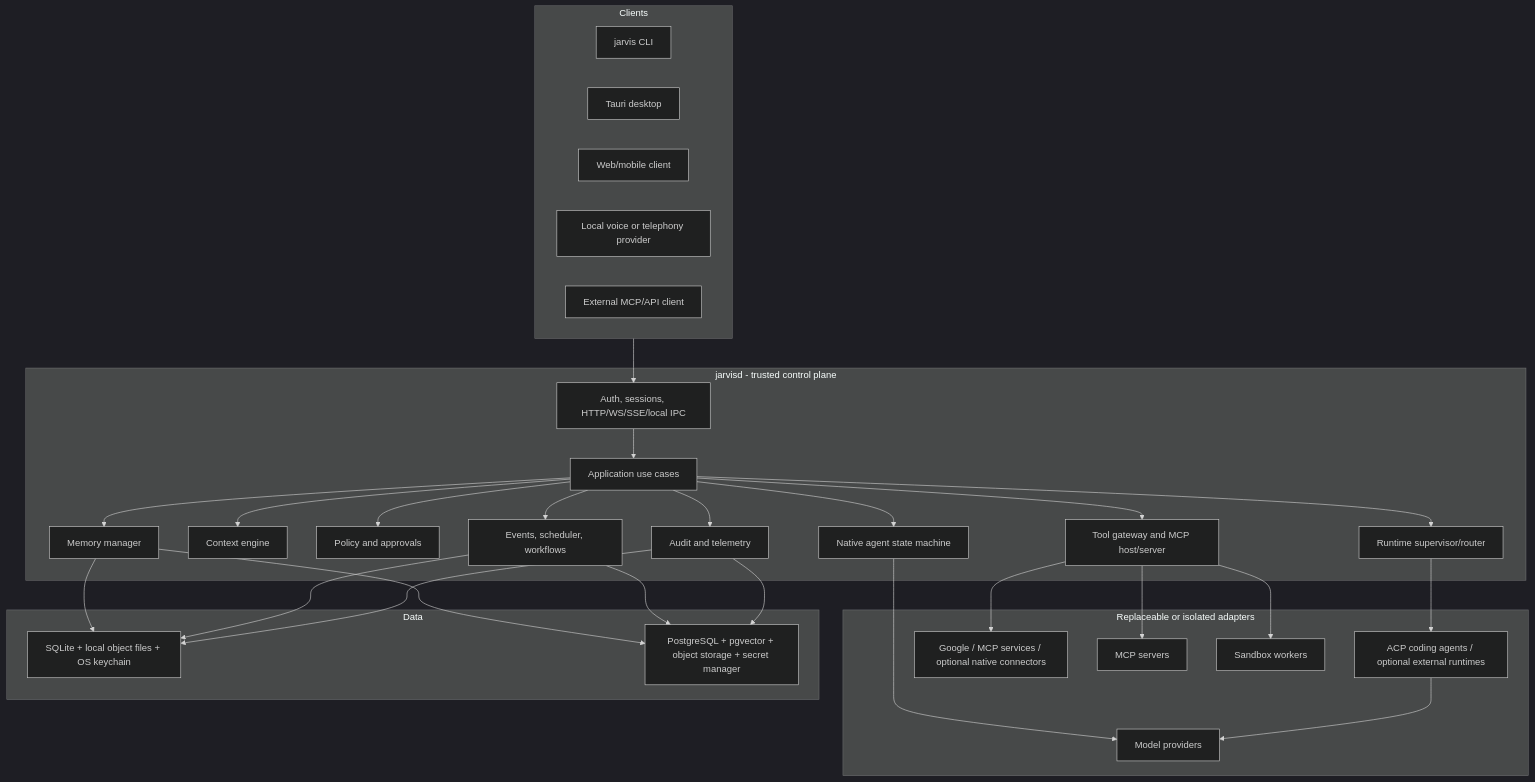
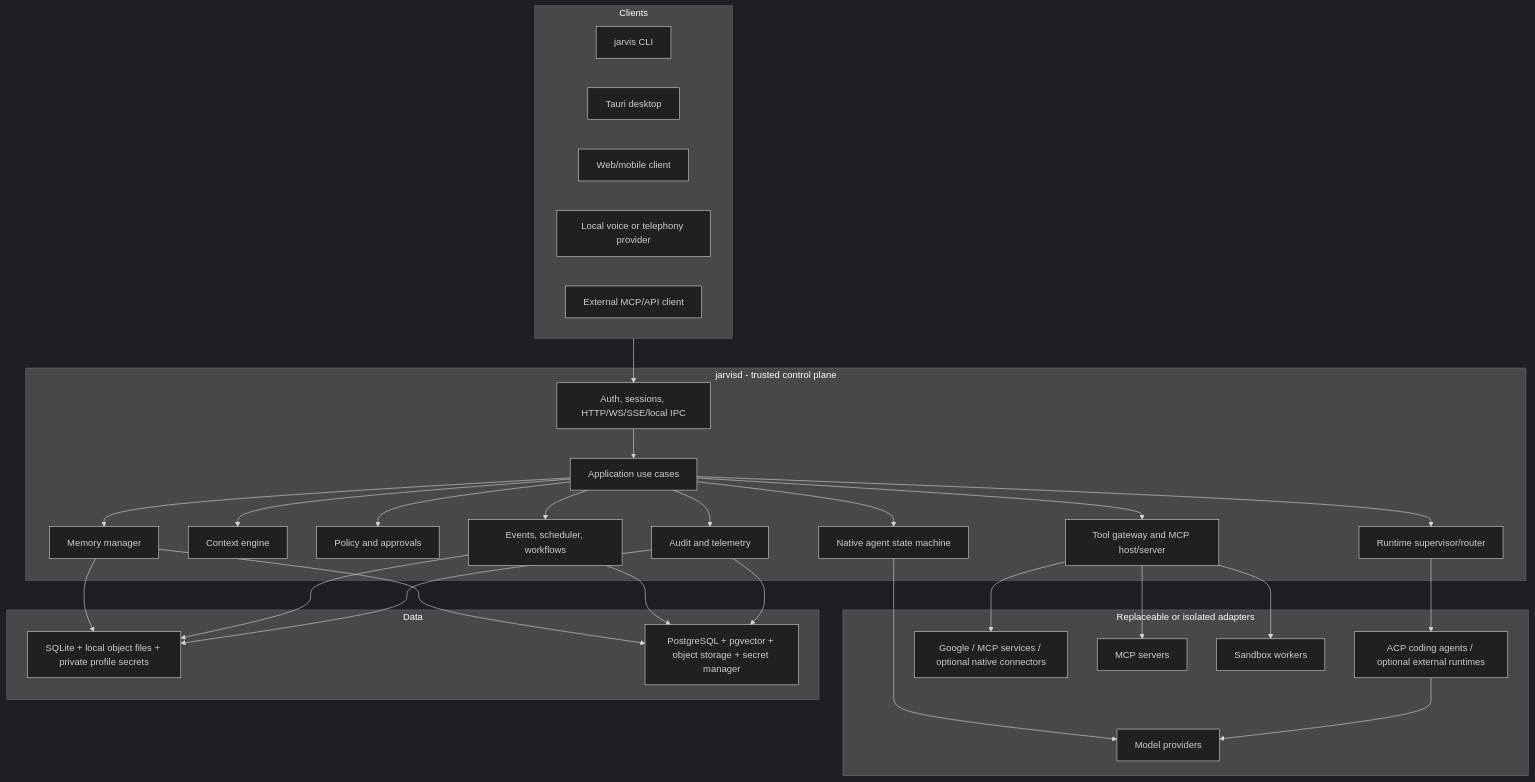
One commit to props-nothing/jarvis-core changed the first of 3 diagrams in docs/architecture/overview.md. Above: the diagram before and after it, drawn with Mermaid (dark theme). The commit also changed other lines of this file and 86 other files, not shown here.

````diff
--- a/docs/architecture/overview.md
+++ b/docs/architecture/overview.md
@@ -23,59 +23,59 @@
 ```mermaid
 flowchart TB
     subgraph Clients
         CLI[jarvis CLI]
         Desktop[Tauri desktop]
         Web[Web/mobile client]
         Voice[Local voice or telephony provider]
         Agent[External MCP/API client]
     end
 
     subgraph Daemon[jarvisd - trusted control plane]
         Gateway[Auth, sessions, HTTP/WS/SSE/local IPC]
         Application[Application use cases]
         Native[Native agent state machine]
         Context[Context engine]
         Policy[Policy and approvals]
         Tools[Tool gateway and MCP host/server]
         Memory[Memory manager]
         Workflows[Events, scheduler, workflows]
         RuntimeMgr[Runtime supervisor/router]
         Audit[Audit and telemetry]
     end
 
     subgraph Isolated[Replaceable or isolated adapters]
         Models[Model providers]
         Runtimes[ACP coding agents / optional external runtimes]
         Connectors[Google / MCP services / optional native connectors]
         MCP[MCP servers]
         Sandbox[Sandbox workers]
     end
 
     subgraph Data
-        Local[SQLite + local object files + OS keychain]
+        Local[SQLite + local object files + private profile secrets]
         Server[PostgreSQL + pgvector + object storage + secret manager]
     end
 
     Clients --> Gateway
     Gateway --> Application
     Application --> Native
     Application --> Context
     Application --> Policy
     Application --> Tools
     Application --> Memory
     Application --> Workflows
     Application --> RuntimeMgr
     Application --> Audit
     RuntimeMgr --> Runtimes
     Native --> Models
     Runtimes --> Models
     Tools --> Connectors
     Tools --> MCP
     Tools --> Sandbox
     Memory --> Local
     Workflows --> Local
     Audit --> Local
     Memory --> Server
     Workflows --> Server
     Audit --> Server
 ```
````
